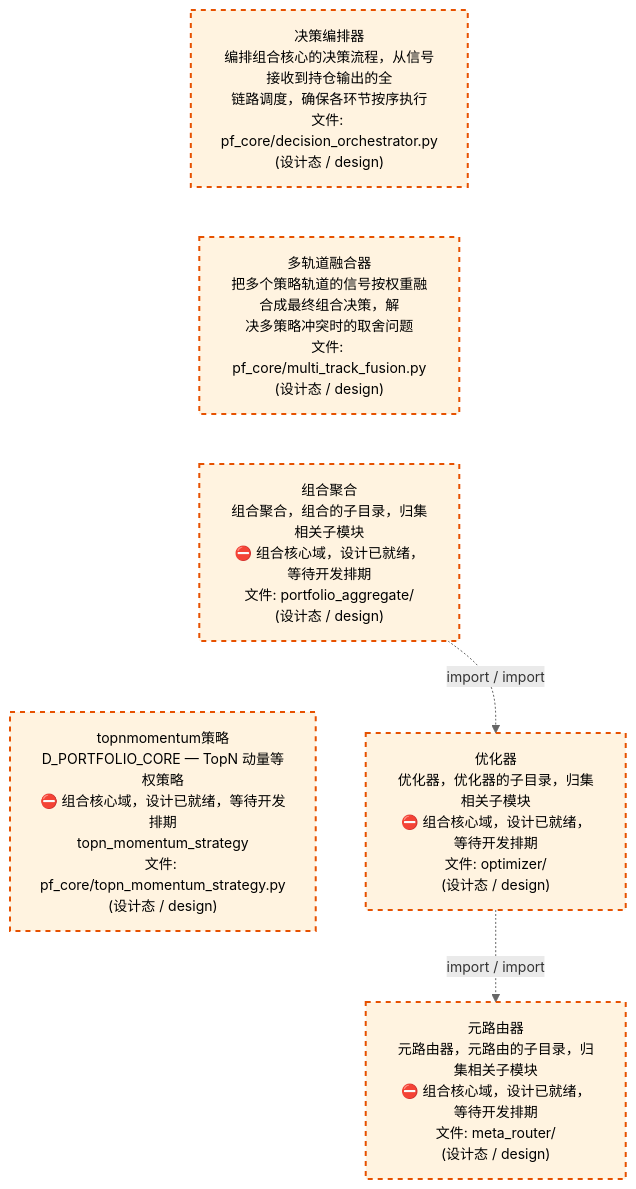
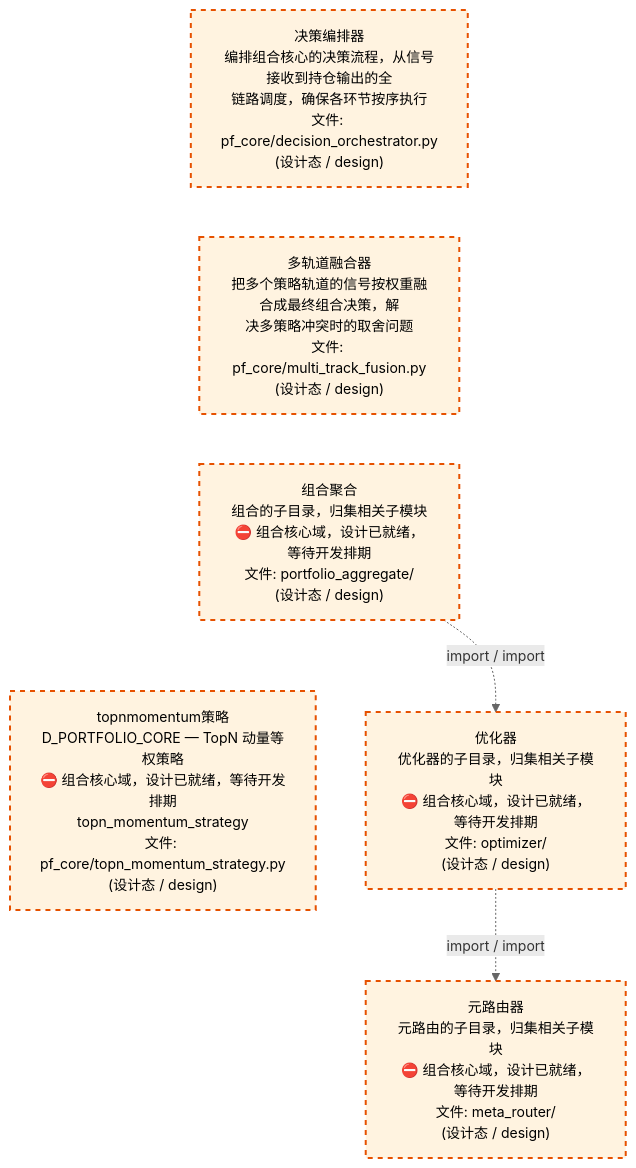
One commit to xuanFelixVan/ZephyrAlpha changed the third of 4 diagrams in docs/02_enterprise_architecture/02_domain_architecture_docs/63_d_pf_core.md. Above: the diagram before and after it, drawn with Mermaid. The commit also changed other lines of this file and 60 other files, not shown here.

````diff
--- a/docs/02_enterprise_architecture/02_domain_architecture_docs/63_d_pf_core.md
+++ b/docs/02_enterprise_architecture/02_domain_architecture_docs/63_d_pf_core.md
@@ -180,20 +180,20 @@
 ```mermaid
 %%{init: {'theme': 'base', 'themeVariables': {'primaryColor': '#eaeaea', 'primaryTextColor': '#333333', 'primaryBorderColor': '#666666', 'lineColor': '#666666', 'secondaryColor': '#eaeaea', 'tertiaryColor': '#eaeaea', 'fontSize': '14px'}}}%%
 flowchart TD
     src_zephyr_pf_core_decision_orchestrator_py["决策编排器<br/>编排组合核心的决策流程，从信号接收到持仓输出的全<br/>链路调度，确保各环节按序执行<br/>文件: pf_core/decision_orchestrator.py<br/>(设计态 / design)"]
     src_zephyr_pf_core_multi_track_fusion_py["多轨道融合器<br/>把多个策略轨道的信号按权重融合成最终组合决策，解<br/>决多策略冲突时的取舍问题<br/>文件: pf_core/multi_track_fusion.py<br/>(设计态 / design)"]
-    src_zephyr_pf_core_portfolio_aggregate["组合聚合<br/>组合聚合，组合的子目录，归集相关子模块<br/>⛔ 组合核心域，设计已就绪，等待开发排期<br/>文件: portfolio_aggregate/<br/>(设计态 / design)"]
+    src_zephyr_pf_core_portfolio_aggregate["组合聚合<br/>组合的子目录，归集相关子模块<br/>⛔ 组合核心域，设计已就绪，等待开发排期<br/>文件: portfolio_aggregate/<br/>(设计态 / design)"]
     src_zephyr_pf_core_topn_momentum_strategy_py["topnmomentum策略<br/>D_PORTFOLIO_CORE — TopN 动量等权策略<br/>⛔ 组合核心域，设计已就绪，等待开发排期<br/>topn_momentum_strategy<br/>文件: pf_core/topn_momentum_strategy.py<br/>(设计态 / design)"]
     src_zephyr_pf_core_decision_orchestrator_py ~~~ src_zephyr_pf_core_multi_track_fusion_py
     src_zephyr_pf_core_multi_track_fusion_py ~~~ src_zephyr_pf_core_portfolio_aggregate
     src_zephyr_pf_core_portfolio_aggregate ~~~ src_zephyr_pf_core_topn_momentum_strategy_py
-    src_zephyr_pf_core_optimizer["优化器<br/>优化器，优化器的子目录，归集相关子模块<br/>⛔ 组合核心域，设计已就绪，等待开发排期<br/>文件: optimizer/<br/>(设计态 / design)"]
-    src_zephyr_pf_core_meta_router["元路由器<br/>元路由器，元路由的子目录，归集相关子模块<br/>⛔ 组合核心域，设计已就绪，等待开发排期<br/>文件: meta_router/<br/>(设计态 / design)"]
+    src_zephyr_pf_core_optimizer["优化器<br/>优化器的子目录，归集相关子模块<br/>⛔ 组合核心域，设计已就绪，等待开发排期<br/>文件: optimizer/<br/>(设计态 / design)"]
+    src_zephyr_pf_core_meta_router["元路由器<br/>元路由的子目录，归集相关子模块<br/>⛔ 组合核心域，设计已就绪，等待开发排期<br/>文件: meta_router/<br/>(设计态 / design)"]
     src_zephyr_pf_core_optimizer -.->|import / import| src_zephyr_pf_core_meta_router
     src_zephyr_pf_core_portfolio_aggregate -.->|import / import| src_zephyr_pf_core_optimizer
     classDef production fill:#e1f5fe,stroke:#01579b,stroke-width:2px,color:#000
     classDef design fill:#fff3e0,stroke:#e65100,stroke-width:2px,color:#000,stroke-dasharray: 5 5
     classDef external_prod fill:#e8f4fd,stroke:#0277bd,stroke-width:1px,color:#000
     classDef external_design fill:#fff8e7,stroke:#ef6c00,stroke-width:1px,color:#000,stroke-dasharray: 5 5
     class src_zephyr_pf_core_decision_orchestrator_py,src_zephyr_pf_core_meta_router,src_zephyr_pf_core_multi_track_fusion_py,src_zephyr_pf_core_optimizer,src_zephyr_pf_core_portfolio_aggregate,src_zephyr_pf_core_topn_momentum_strategy_py design
 ```
````
